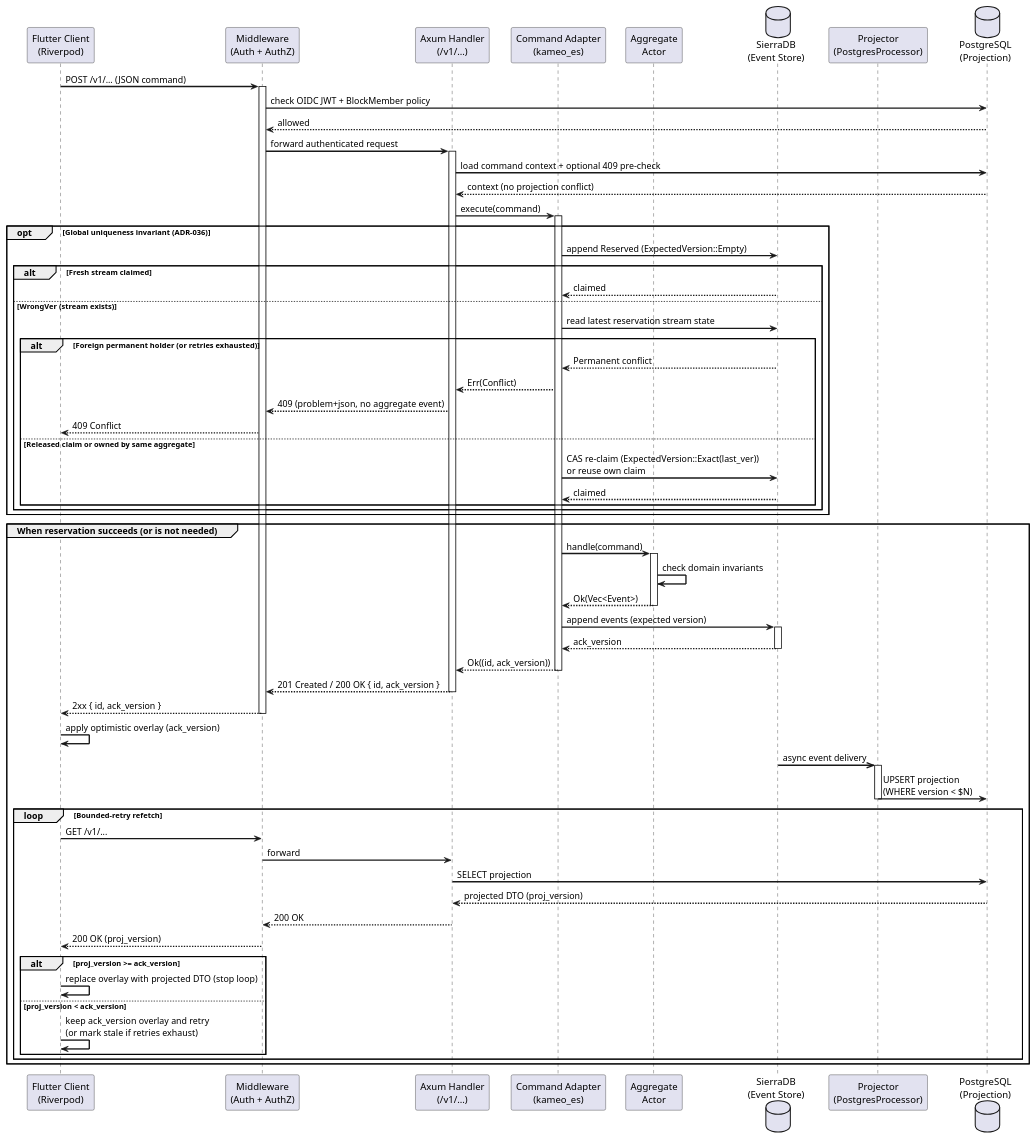
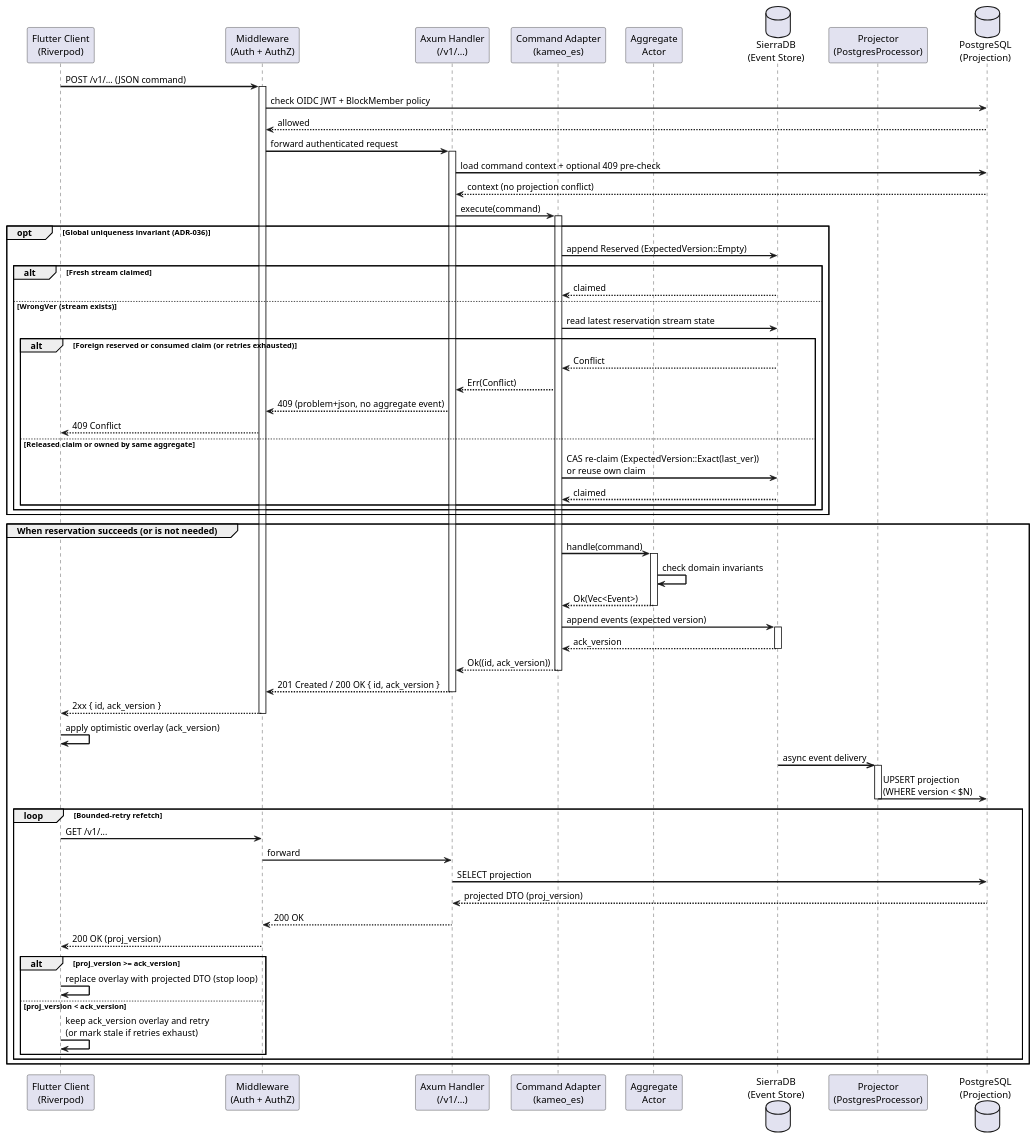
The diagram in backend/docs/architecture/diagrams/command-processing-sequence.puml (tradem/breakdown-rs), drawn with PlantUML before and after one commit. The commit also changed 1 other file, not shown here.

```diff
--- a/backend/docs/architecture/diagrams/command-processing-sequence.puml
+++ b/backend/docs/architecture/diagrams/command-processing-sequence.puml
@@ -1,90 +1,90 @@
 @startuml command-processing-sequence
 ' SPDX-License-Identifier: AGPL-3.0
 ' Copyright (C) 2024-2026 Breakdown RS Contributors
 ' Co-authored-by: kimi-k3 (neuralwatt)
 ' Co-authored-by: gemini-4-carbon (google)
 '
 ' Runtime view: end-to-end CQRS command, reservation claim, and lag sync.
 
 skinparam shadowing false
 skinparam sequenceArrowThickness 2
 
 participant "Flutter Client\n(Riverpod)" as client
 participant "Middleware\n(Auth + AuthZ)" as mw
 participant "Axum Handler\n(/v1/...)" as api
 participant "Command Adapter\n(kameo_es)" as svc
 participant "Aggregate\nActor" as agg
 database "SierraDB\n(Event Store)" as es
 participant "Projector\n(PostgresProcessor)" as proj
 database "PostgreSQL\n(Projection)" as db
 
 client -> mw : POST /v1/... (JSON command)
 activate mw
 mw -> db : check OIDC JWT + BlockMember policy
 db --> mw : allowed
 mw -> api : forward authenticated request
 activate api
 api -> db : load command context + optional 409 pre-check
 db --> api : context (no projection conflict)
 api -> svc : execute(command)
 activate svc
 
 opt Global uniqueness invariant (ADR-036)
   svc -> es : append Reserved (ExpectedVersion::Empty)
   alt Fresh stream claimed
     es --> svc : claimed
   else WrongVer (stream exists)
     svc -> es : read latest reservation stream state
-    alt Foreign permanent holder (or retries exhausted)
-      es --> svc : Permanent conflict
+    alt Foreign reserved or consumed claim (or retries exhausted)
+      es --> svc : Conflict
       svc --> api : Err(Conflict)
       api --> mw : 409 (problem+json, no aggregate event)
       mw --> client : 409 Conflict
     else Released claim or owned by same aggregate
       svc -> es : CAS re-claim (ExpectedVersion::Exact(last_ver))\nor reuse own claim
       es --> svc : claimed
     end
   end
 end
 
 group When reservation succeeds (or is not needed)
   svc -> agg : handle(command)
   activate agg
   agg -> agg : check domain invariants
   agg --> svc : Ok(Vec<Event>)
   deactivate agg
 
   svc -> es : append events (expected version)
   activate es
   es --> svc : ack_version
   deactivate es
   svc --> api : Ok((id, ack_version))
   deactivate svc
   api --> mw : 201 Created / 200 OK { id, ack_version }
   deactivate api
   mw --> client : 2xx { id, ack_version }
   deactivate mw
 
   client -> client : apply optimistic overlay (ack_version)
 
   es ->> proj : async event delivery
   activate proj
   proj -> db : UPSERT projection\n(WHERE version < $N)
   deactivate proj
 
   loop Bounded-retry refetch
     client -> mw : GET /v1/...
     mw -> api : forward
     api -> db : SELECT projection
     db --> api : projected DTO (proj_version)
     api --> mw : 200 OK
     mw --> client : 200 OK (proj_version)
     alt proj_version >= ack_version
       client -> client : replace overlay with projected DTO (stop loop)
     else proj_version < ack_version
       client -> client : keep ack_version overlay and retry\n(or mark stale if retries exhaust)
     end
   end
 end
 
 @enduml
```
